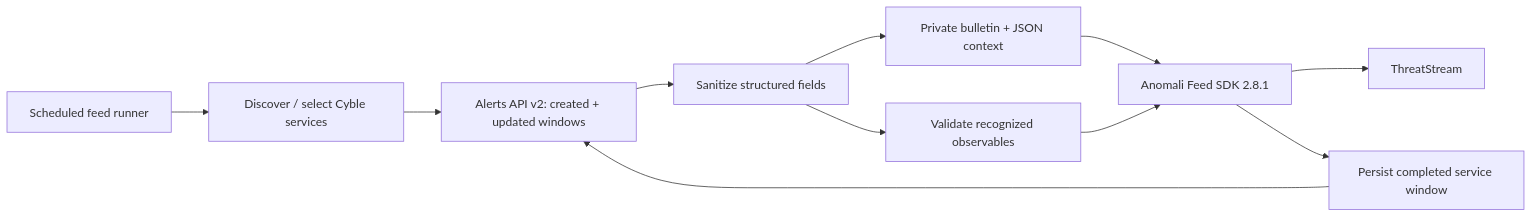
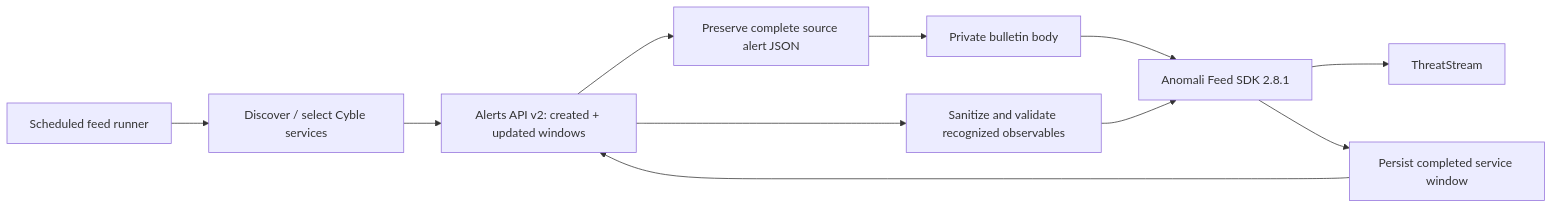
The diagram in README.md (Prank1004/cyble-anomali-threatstream), drawn with Mermaid before and after one commit. The commit also changed other lines of this file and 20 other files, not shown here.

Commit message:
Preserve complete Cyble source alerts in private ThreatStream bulletins

````diff
--- a/README.md
+++ b/README.md
@@ -43,13 +44,13 @@
 ```mermaid
 flowchart LR
     A[Scheduled feed runner] --> B[Discover / select Cyble services]
     B --> C[Alerts API v2: created + updated windows]
-    C --> D[Sanitize structured fields]
-    D --> E[Private bulletin + JSON context]
-    D --> F[Validate recognized observables]
+    C --> D[Preserve complete source alert JSON]
+    D --> E[Private bulletin body]
+    C --> F[Sanitize and validate recognized observables]
     E --> G[Anomali Feed SDK 2.8.1]
     F --> G
     G --> H[ThreatStream]
     G --> I[Persist completed service window]
     I --> C
 ```
````
